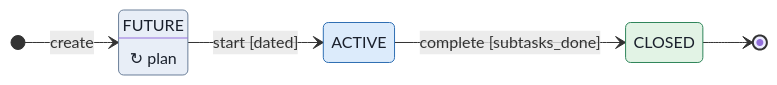
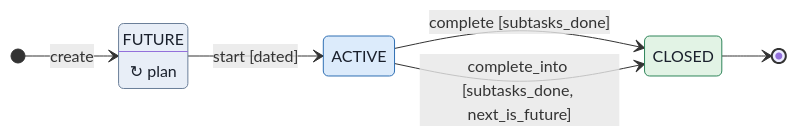
Before and after one commit to rxdu/object_flow: the sixth of 20 diagrams in docs/design/jira-flows.md, drawn with Mermaid. The commit also changed other lines of this file and 16 other files, not shown here.

First line of the commit message:
docs(design): make a flow recoverable from its description (ADR-0122)

````diff
--- a/docs/design/jira-flows.md
+++ b/docs/design/jira-flows.md
@@ -529,17 +539,18 @@
 ```mermaid
 %% jira_sprint.Sprint
 stateDiagram-v2
     direction LR
     state "FUTURE" as FUTURE
     [*] --> FUTURE: create
     FUTURE --> ACTIVE: start [dated]
     ACTIVE --> CLOSED: complete [subtasks_done]
+    ACTIVE --> CLOSED: complete_into [subtasks_done, next_is_future]
     CLOSED --> [*]
     FUTURE: ↻ plan
     classDef todo fill:#e8eef7,stroke:#6b7f99,color:#1a202c
     classDef in_progress fill:#dcebfb,stroke:#2f6fb3,color:#1a202c
     classDef closed fill:#e2f3e5,stroke:#2f855a,color:#1a202c
     class FUTURE todo
     class ACTIVE in_progress
     class CLOSED closed
 ```
````
